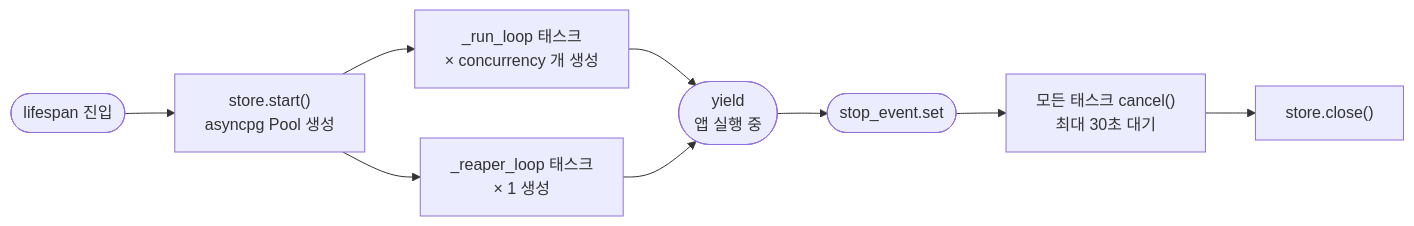
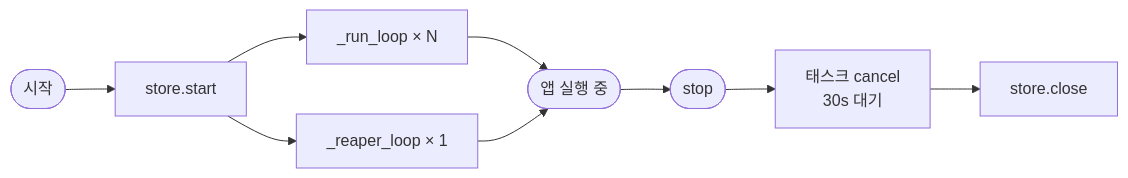
Before and after one commit to changhyeon363/pqrun: the fifth of 8 diagrams in docs/developer/architecture.md, drawn with Mermaid. The commit also changed other lines of this file and 9 other files, not shown here.

````diff
--- a/docs/developer/architecture.md
+++ b/docs/developer/architecture.md
@@ -135,11 +131,11 @@
 ```mermaid
 flowchart LR
-    A([lifespan 진입]) --> B["store.start()<br/>asyncpg Pool 생성"]
-    B --> C["_run_loop 태스크<br/>× concurrency 개 생성"]
-    B --> D["_reaper_loop 태스크<br/>× 1 생성"]
-    C --> Y(["yield<br/>앱 실행 중"])
+    A([시작]) --> B[store.start]
+    B --> C["_run_loop × N"]
+    B --> D["_reaper_loop × 1"]
+    C --> Y([앱 실행 중])
     D --> Y
-    Y --> E([stop_event.set])
-    E --> F["모든 태스크 cancel()<br/>최대 30초 대기"]
-    F --> G["store.close()"]
+    Y --> E([stop])
+    E --> F["태스크 cancel<br/>30s 대기"]
+    F --> G[store.close]
 ```
````
